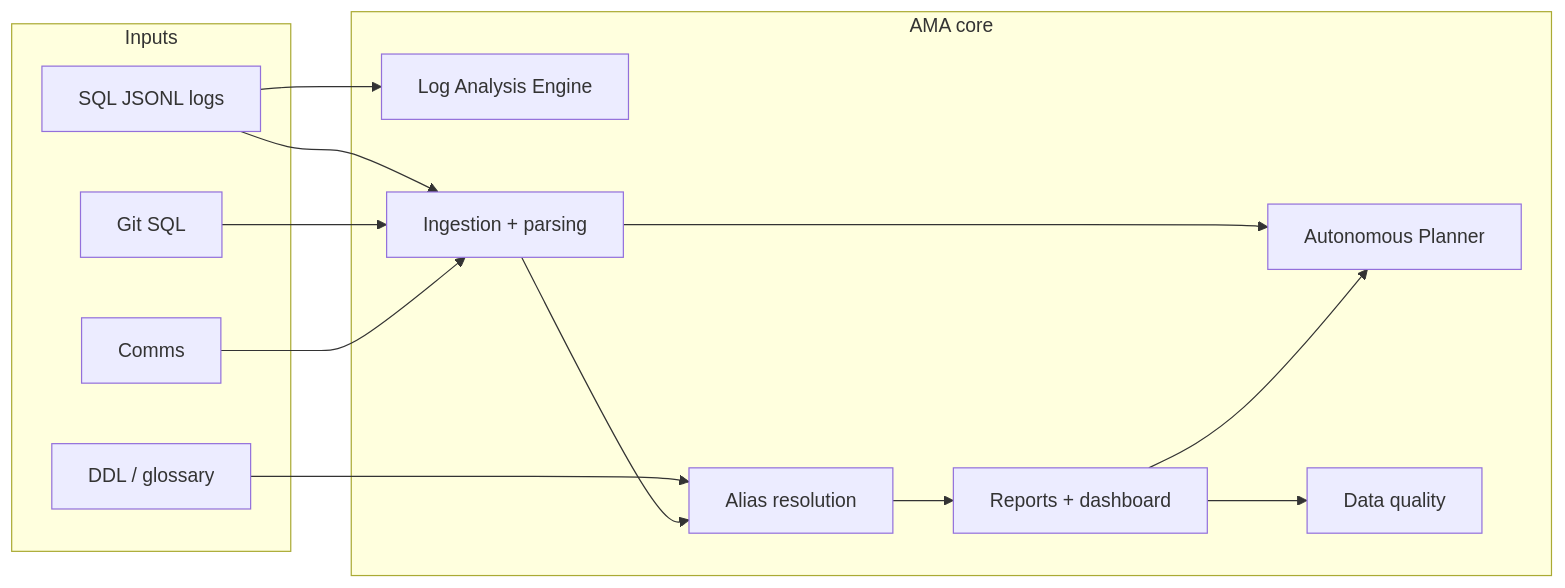
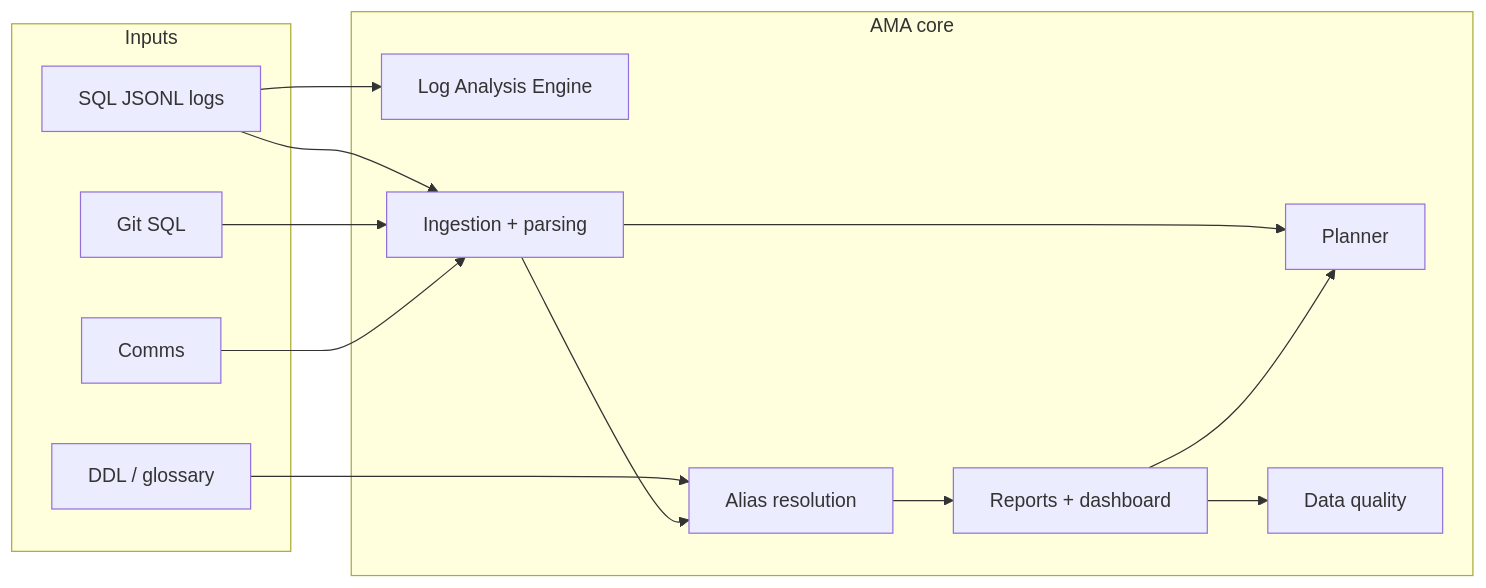
One commit to matankaisman88/Autonomous-Migration-Architect-AMA changed the diagram in USER_GUIDE.md. Above: the diagram before and after it, drawn with Mermaid. The commit also changed other lines of this file, not shown here.

First line of the commit message:
docs: update USER_GUIDE for Planner tab, waves, and dashboard order

````diff
--- a/USER_GUIDE.md
+++ b/USER_GUIDE.md
@@ -15,27 +15,27 @@
 ```mermaid
 flowchart LR
   subgraph inputs [Inputs]
     L[SQL JSONL logs]
     G[Git SQL]
     C[Comms]
     D[DDL / glossary]
   end
   subgraph core [AMA core]
     LA[Log Analysis Engine]
     IN[Ingestion + parsing]
     AR[Alias resolution]
-    PL[Autonomous Planner]
+    PL[Planner]
     DQ[Data quality]
     RP[Reports + dashboard]
   end
   L --> LA
   L --> IN
   G --> IN
   C --> IN
   D --> AR
   IN --> AR
   AR --> RP
   IN --> PL
   RP --> PL
   RP --> DQ
 ```
````
